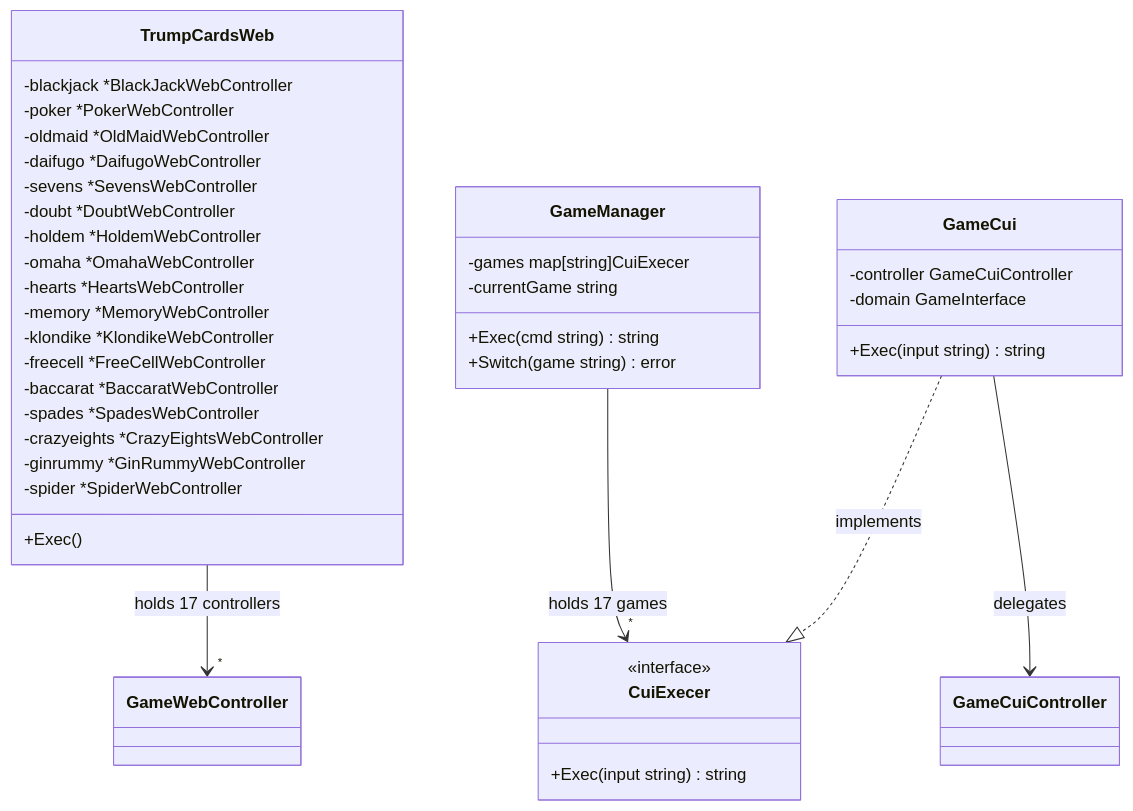
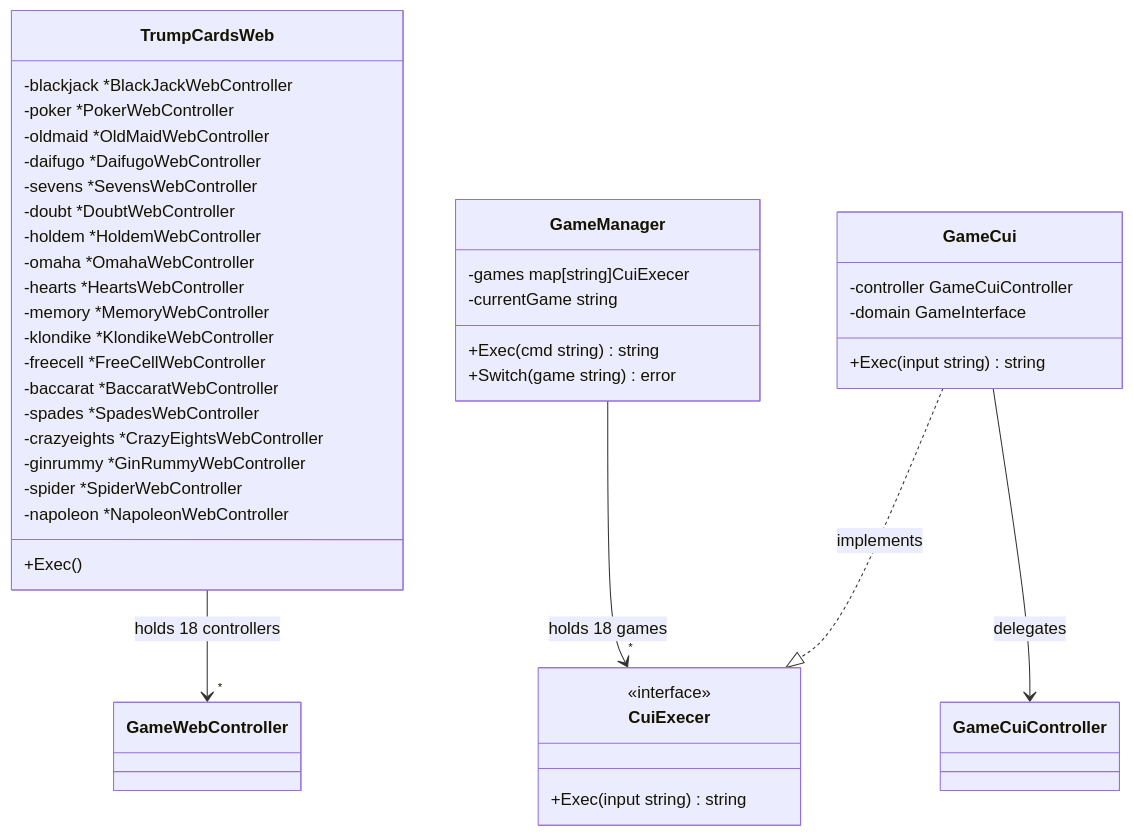
Before and after one commit to yuta-yoshinaga/go_trumpcards: the tenth of 25 diagrams in docs/design/backend.md, drawn with Mermaid. The commit also changed other lines of this file and 51 other files, not shown here.

First line of the commit message:
feat: add Napoleon (ナポレオン) card game

````diff
--- a/docs/design/backend.md
+++ b/docs/design/backend.md
@@ -611,46 +641,47 @@
 ```mermaid
 classDiagram
     class TrumpCardsWeb {
         -blackjack *BlackJackWebController
         -poker *PokerWebController
         -oldmaid *OldMaidWebController
         -daifugo *DaifugoWebController
         -sevens *SevensWebController
         -doubt *DoubtWebController
         -holdem *HoldemWebController
         -omaha *OmahaWebController
         -hearts *HeartsWebController
         -memory *MemoryWebController
         -klondike *KlondikeWebController
         -freecell *FreeCellWebController
         -baccarat *BaccaratWebController
         -spades *SpadesWebController
         -crazyeights *CrazyEightsWebController
         -ginrummy *GinRummyWebController
         -spider *SpiderWebController
+        -napoleon *NapoleonWebController
         +Exec()
     }
 
     class GameManager {
         -games map[string]CuiExecer
         -currentGame string
         +Exec(cmd string) string
         +Switch(game string) error
     }
 
     class CuiExecer {
         <<interface>>
         +Exec(input string) string
     }
 
     class GameCui {
         -controller GameCuiController
         -domain GameInterface
         +Exec(input string) string
     }
 
-    TrumpCardsWeb --> "*" GameWebController : holds 17 controllers
-    GameManager --> "*" CuiExecer : holds 17 games
+    TrumpCardsWeb --> "*" GameWebController : holds 18 controllers
+    GameManager --> "*" CuiExecer : holds 18 games
     GameCui ..|> CuiExecer : implements
     GameCui --> GameCuiController : delegates
 ```
````
